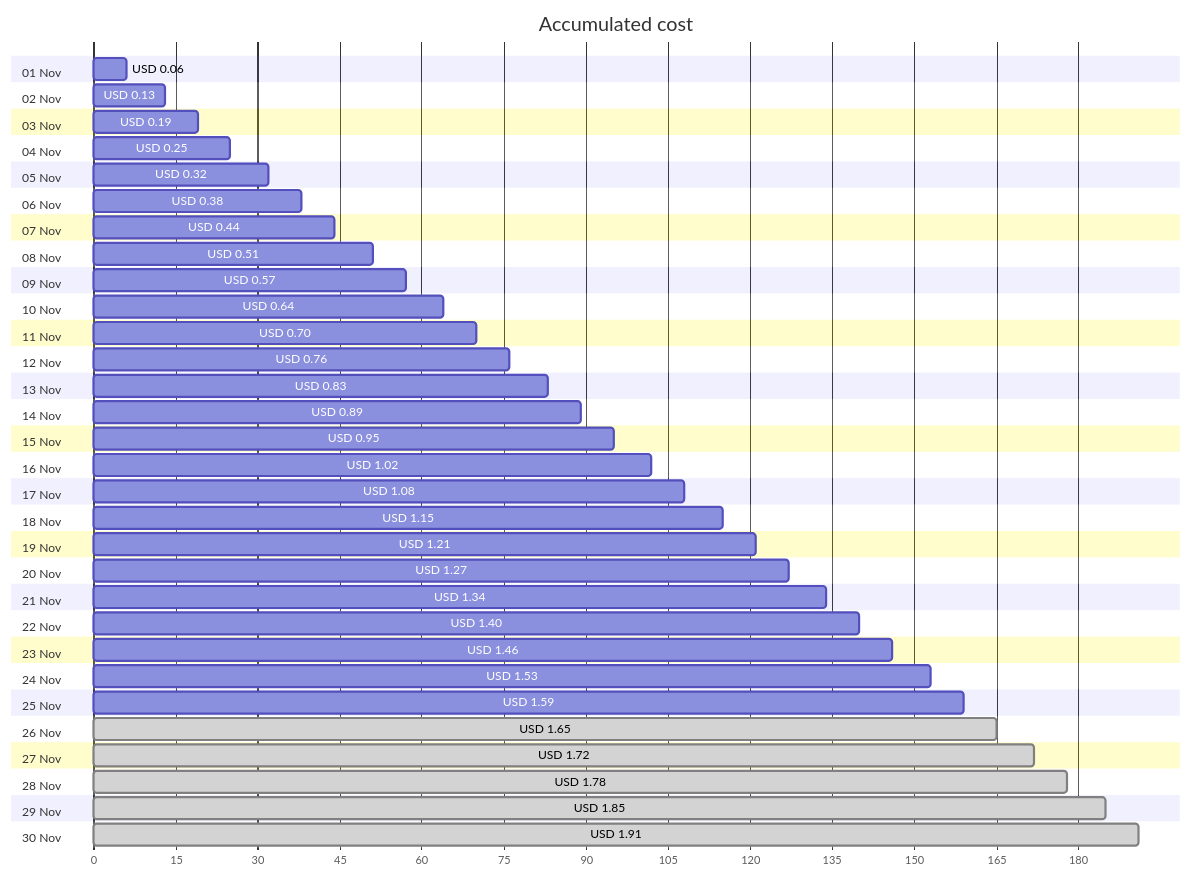
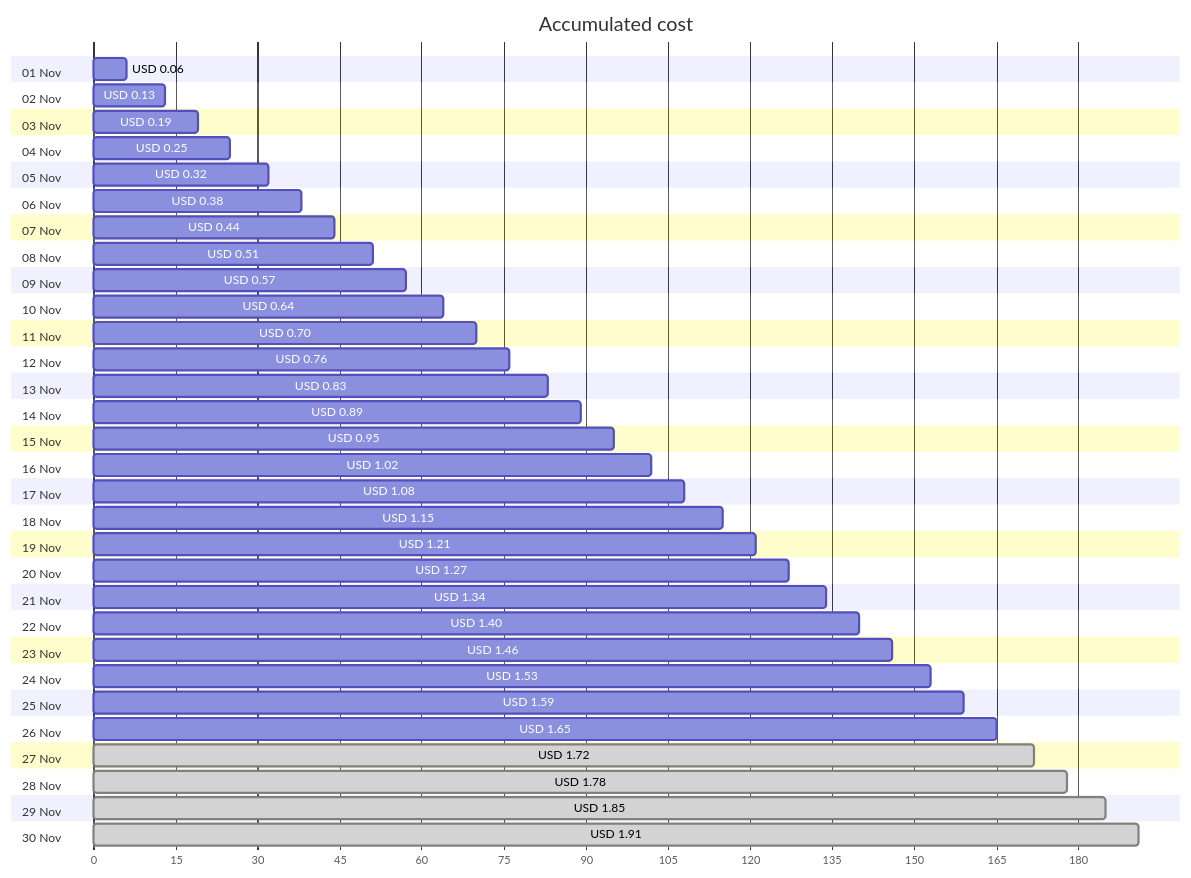
One commit to jpfulton/azure-personal-reports changed the first of 4 diagrams in cost-reports/personal-network/vpn-server_OsDisk.md. Above: the diagram before and after it, drawn with Mermaid. The commit also changed other lines of this file and 8 other files, not shown here.

````diff
--- a/cost-reports/personal-network/vpn-server_OsDisk.md
+++ b/cost-reports/personal-network/vpn-server_OsDisk.md
@@ -20,66 +20,66 @@
 ```mermaid
 gantt
    title Accumulated cost
    dateFormat  X
    axisFormat %s
    section 01 Nov
    USD 0.06 :0, 6
    section 02 Nov
    USD 0.13 :0, 13
    section 03 Nov
    USD 0.19 :0, 19
    section 04 Nov
    USD 0.25 :0, 25
    section 05 Nov
    USD 0.32 :0, 32
    section 06 Nov
    USD 0.38 :0, 38
    section 07 Nov
    USD 0.44 :0, 44
    section 08 Nov
    USD 0.51 :0, 51
    section 09 Nov
    USD 0.57 :0, 57
    section 10 Nov
    USD 0.64 :0, 64
    section 11 Nov
    USD 0.70 :0, 70
    section 12 Nov
    USD 0.76 :0, 76
    section 13 Nov
    USD 0.83 :0, 83
    section 14 Nov
    USD 0.89 :0, 89
    section 15 Nov
    USD 0.95 :0, 95
    section 16 Nov
    USD 1.02 :0, 102
    section 17 Nov
    USD 1.08 :0, 108
    section 18 Nov
    USD 1.15 :0, 115
    section 19 Nov
    USD 1.21 :0, 121
    section 20 Nov
    USD 1.27 :0, 127
    section 21 Nov
    USD 1.34 :0, 134
    section 22 Nov
    USD 1.40 :0, 140
    section 23 Nov
    USD 1.46 :0, 146
    section 24 Nov
    USD 1.53 :0, 153
    section 25 Nov
    USD 1.59 :0, 159
    section 26 Nov
-   USD 1.65 : done, 0, 165
+   USD 1.65 :0, 165
    section 27 Nov
    USD 1.72 : done, 0, 172
    section 28 Nov
    USD 1.78 : done, 0, 178
    section 29 Nov
    USD 1.85 : done, 0, 185
    section 30 Nov
    USD 1.91 : done, 0, 191
 ```
````
